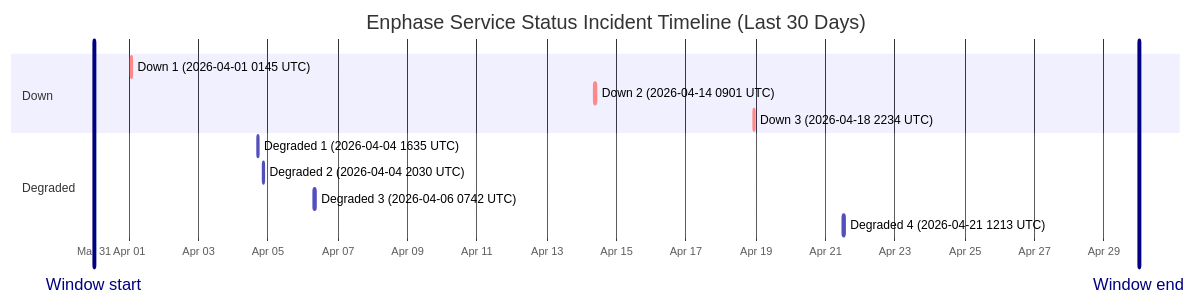
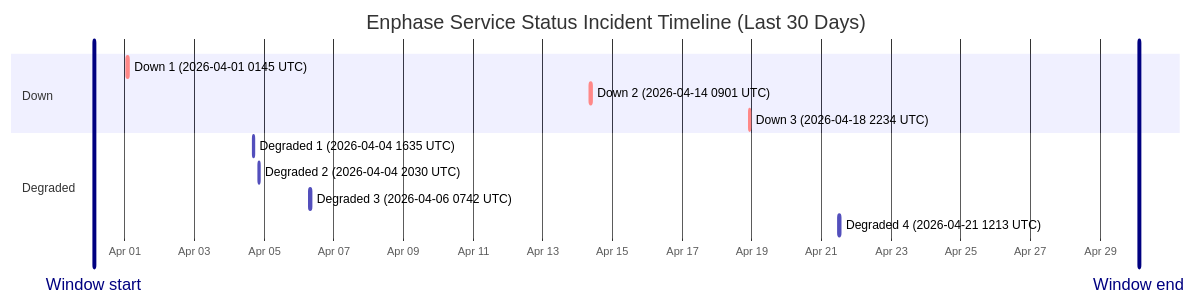
The diagram in wiki/Service-Status-History.md (barneyonline/ha-enphase-ev-charger), drawn with Mermaid before and after one commit. The commit also changed other lines of this file and 3 other files, not shown here.

````diff
--- a/wiki/Service-Status-History.md
+++ b/wiki/Service-Status-History.md
@@ -14,17 +14,17 @@
 ```mermaid
 gantt
     title Enphase Service Status Incident Timeline (Last 30 Days)
     dateFormat  YYYY-MM-DDTHH:mm:ss
     axisFormat  %b %d
-    Window start :vert, window-start, 2026-03-30T23:54:17, 0ms
-    Window end :vert, window-end, 2026-04-29T23:54:17, 0ms
+    Window start :vert, window-start, 2026-03-31T02:50:01, 0ms
+    Window end :vert, window-end, 2026-04-30T02:50:01, 0ms
     section Down
     Down 1 (2026-04-01 0145 UTC) :crit, down-1, 2026-04-01T01:45:09, 60m
     Down 2 (2026-04-14 0901 UTC) :crit, down-2, 2026-04-14T09:01:13, 60m
     Down 3 (2026-04-18 2234 UTC) :crit, down-3, 2026-04-18T22:34:13, 60m
     section Degraded
     Degraded 1 (2026-04-04 1635 UTC) :active, degraded-1, 2026-04-04T16:35:17, 60m
     Degraded 2 (2026-04-04 2030 UTC) :active, degraded-2, 2026-04-04T20:30:40, 60m
     Degraded 3 (2026-04-06 0742 UTC) :active, degraded-3, 2026-04-06T07:42:09, 85m
     Degraded 4 (2026-04-21 1213 UTC) :active, degraded-4, 2026-04-21T12:13:11, 60m
 ```
````
